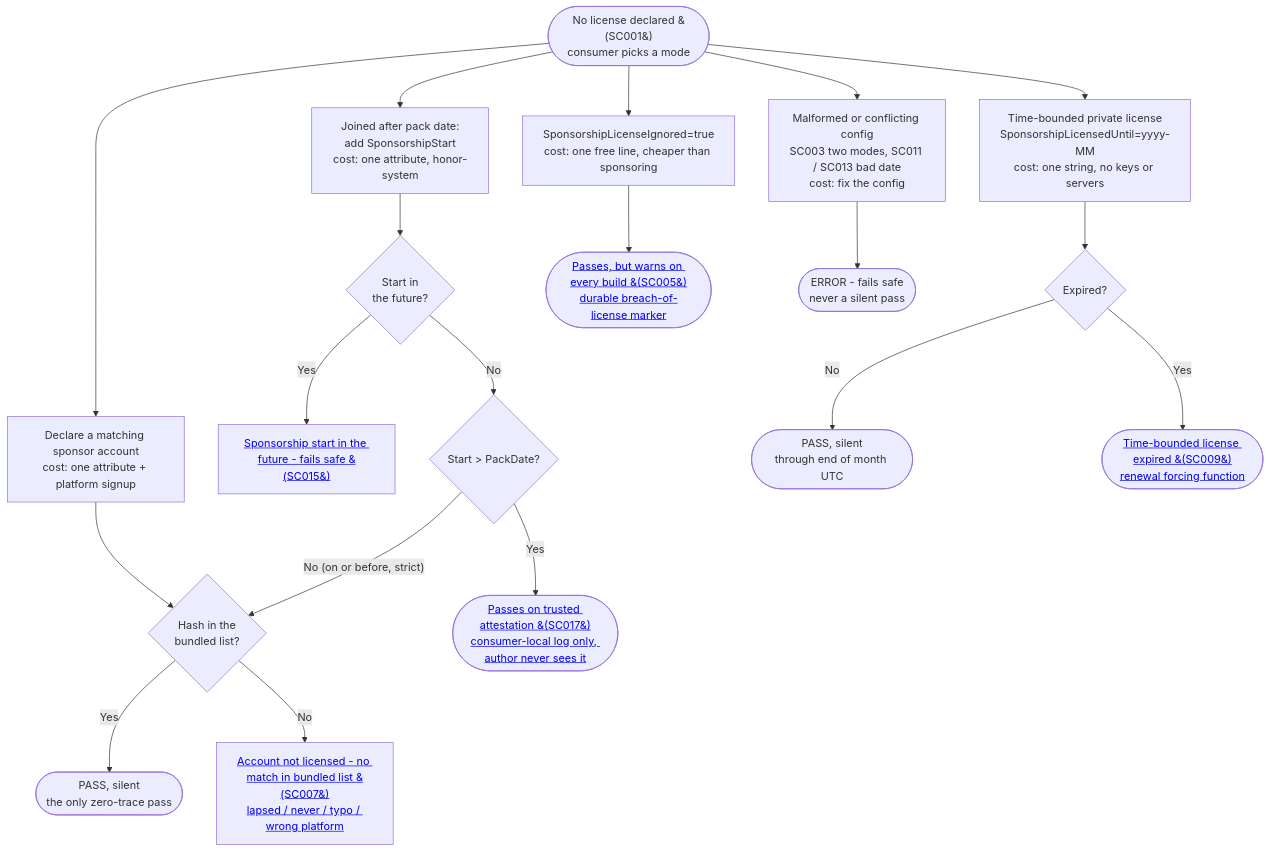
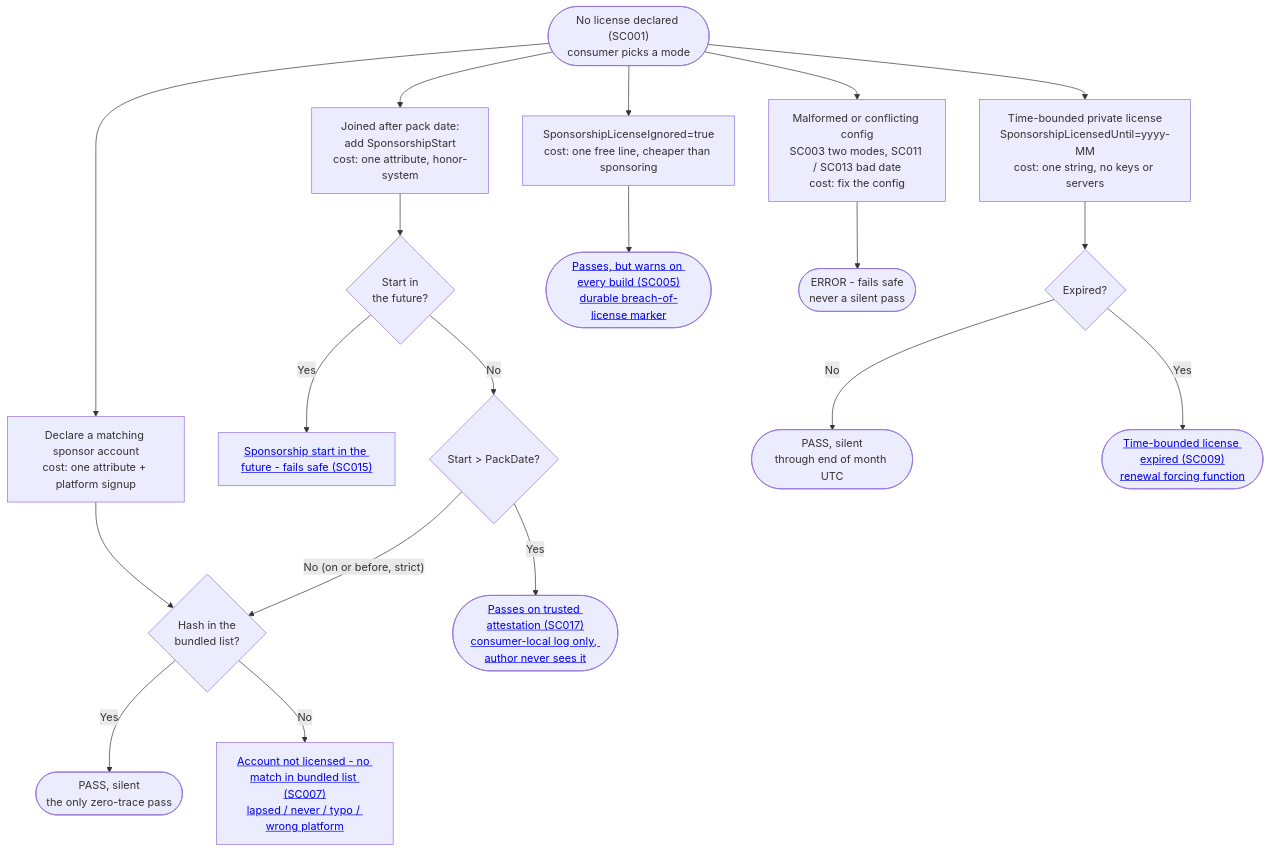
One commit to SimonCropp/SponsorCheck changed the second of 4 diagrams in docs/WhyBuildTimeVerification.md. Above: the diagram before and after it, drawn with Mermaid. The commit also changed other lines of this file, not shown here.

````diff
--- a/docs/WhyBuildTimeVerification.md
+++ b/docs/WhyBuildTimeVerification.md
@@ -75,26 +75,26 @@
 ```mermaid
 flowchart TD
-    Root([No license declared &#40;SC001&#41;<br/>consumer picks a mode]) --> Sponsor
+    Root([No license declared #40;SC001#41;<br/>consumer picks a mode]) --> Sponsor
     Root --> Start
     Root --> License
     Root --> Ignore
     Root --> Bad
 
     Sponsor["Declare a matching sponsor account<br/>cost: one attribute + platform signup"] --> SMatch{"Hash in the<br/>bundled list?"}
     SMatch -->|"Yes"| SPass(["PASS, silent<br/>the only zero-trace pass"])
-    SMatch -->|"No"| SC007[<a href='https://github.com/SimonCropp/SponsorCheck/blob/main/docs/VerifierDiagnosticCodes.md#sc007'>Account not licensed - no match in bundled list &#40;SC007&#41;<br/>lapsed / never / typo / wrong platform</a>]
+    SMatch -->|"No"| SC007[<a href='https://github.com/SimonCropp/SponsorCheck/blob/main/docs/VerifierDiagnosticCodes.md#sc007'>Account not licensed - no match in bundled list #40;SC007#41;<br/>lapsed / never / typo / wrong platform</a>]
 
     Start["Joined after pack date:<br/>add SponsorshipStart<br/>cost: one attribute, honor-system"] --> SFuture{"Start in<br/>the future?"}
-    SFuture -->|"Yes"| SC015[<a href='https://github.com/SimonCropp/SponsorCheck/blob/main/docs/VerifierDiagnosticCodes.md#sc015'>Sponsorship start in the future - fails safe &#40;SC015&#41;</a>]
+    SFuture -->|"Yes"| SC015[<a href='https://github.com/SimonCropp/SponsorCheck/blob/main/docs/VerifierDiagnosticCodes.md#sc015'>Sponsorship start in the future - fails safe #40;SC015#41;</a>]
     SFuture -->|"No"| SAfter{"Start &gt; PackDate?"}
-    SAfter -->|"Yes"| SC017([<a href='https://github.com/SimonCropp/SponsorCheck/blob/main/docs/VerifierDiagnosticCodes.md#sc017'>Passes on trusted attestation &#40;SC017&#41;<br/>consumer-local log only, author never sees it</a>])
+    SAfter -->|"Yes"| SC017([<a href='https://github.com/SimonCropp/SponsorCheck/blob/main/docs/VerifierDiagnosticCodes.md#sc017'>Passes on trusted attestation #40;SC017#41;<br/>consumer-local log only, author never sees it</a>])
     SAfter -->|"No (on or before, strict)"| SMatch
 
     License["Time-bounded private license<br/>SponsorshipLicensedUntil=yyyy-MM<br/>cost: one string, no keys or servers"] --> LExp{"Expired?"}
     LExp -->|"No"| LPass(["PASS, silent<br/>through end of month UTC"])
-    LExp -->|"Yes"| SC009([<a href='https://github.com/SimonCropp/SponsorCheck/blob/main/docs/VerifierDiagnosticCodes.md#sc009'>Time-bounded license expired &#40;SC009&#41;<br/>renewal forcing function</a>])
+    LExp -->|"Yes"| SC009([<a href='https://github.com/SimonCropp/SponsorCheck/blob/main/docs/VerifierDiagnosticCodes.md#sc009'>Time-bounded license expired #40;SC009#41;<br/>renewal forcing function</a>])
 
-    Ignore["SponsorshipLicenseIgnored=true<br/>cost: one free line, cheaper than sponsoring"] --> SC005([<a href='https://github.com/SimonCropp/SponsorCheck/blob/main/docs/VerifierDiagnosticCodes.md#sc005'>Passes, but warns on every build &#40;SC005&#41;<br/>durable breach-of-license marker</a>])
+    Ignore["SponsorshipLicenseIgnored=true<br/>cost: one free line, cheaper than sponsoring"] --> SC005([<a href='https://github.com/SimonCropp/SponsorCheck/blob/main/docs/VerifierDiagnosticCodes.md#sc005'>Passes, but warns on every build #40;SC005#41;<br/>durable breach-of-license marker</a>])
 
     Bad["Malformed or conflicting config<br/>SC003 two modes, SC011 / SC013 bad date<br/>cost: fix the config"] --> BadEnd(["ERROR - fails safe<br/>never a silent pass"])
 ```
````
